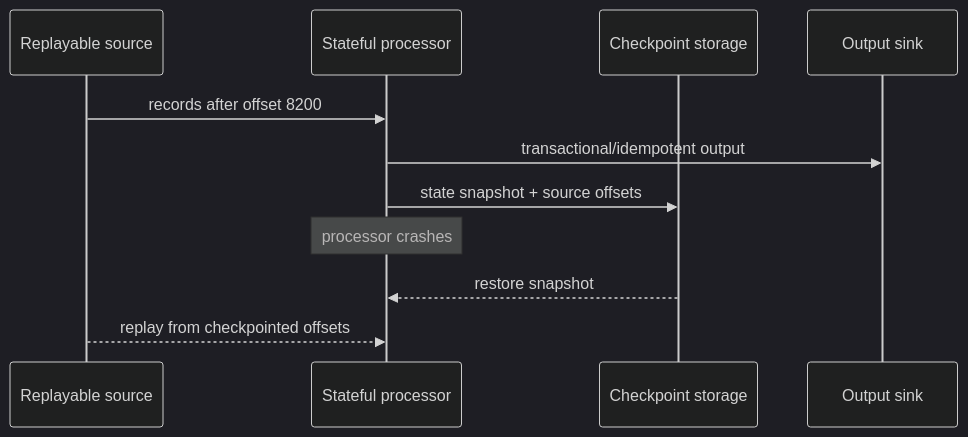
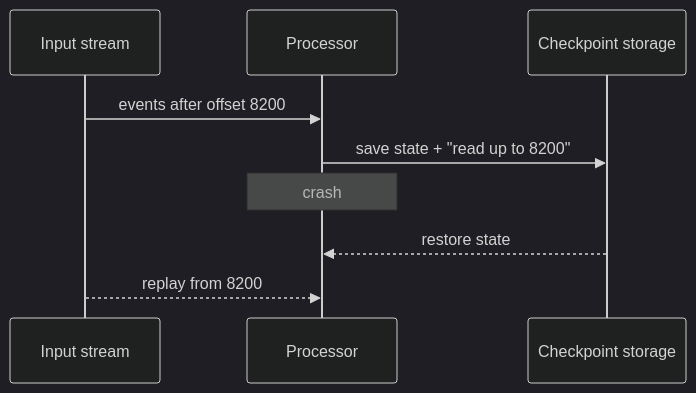
One commit to alanqi03/sys-design changed the second of 2 diagrams in streaming/stream-processing-architectures.md. Above: the diagram before and after it, drawn with Mermaid (dark theme). The commit also changed other lines of this file and 6 other files, not shown here.

````diff
--- a/streaming/stream-processing-architectures.md
+++ b/streaming/stream-processing-architectures.md
@@ -115,13 +65,11 @@
 ```{mermaid}
 sequenceDiagram
-  participant S as Replayable source
-  participant P as Stateful processor
+  participant S as Input stream
+  participant P as Processor
   participant C as Checkpoint storage
-  participant O as Output sink
-  S->>P: records after offset 8200
-  P->>O: transactional/idempotent output
-  P->>C: state snapshot + source offsets
-  Note over P: processor crashes
-  C-->>P: restore snapshot
-  S-->>P: replay from checkpointed offsets
+  S->>P: events after offset 8200
+  P->>C: save state + "read up to 8200"
+  Note over P: crash
+  C-->>P: restore state
+  S-->>P: replay from 8200
 ```
````
